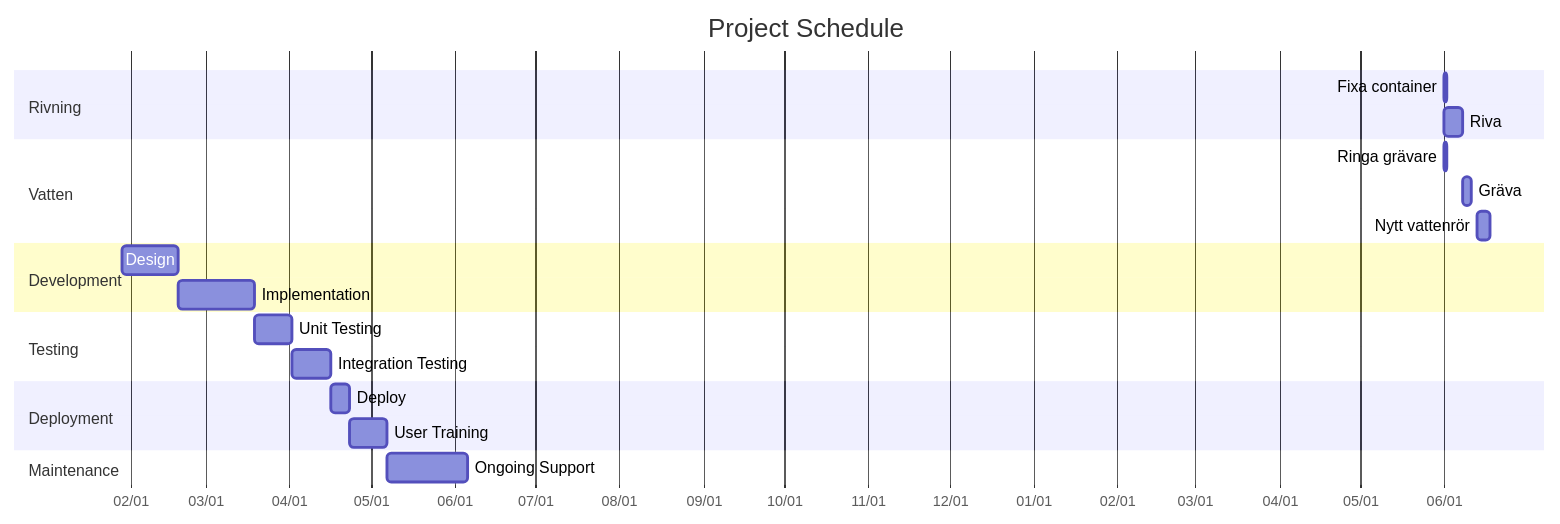
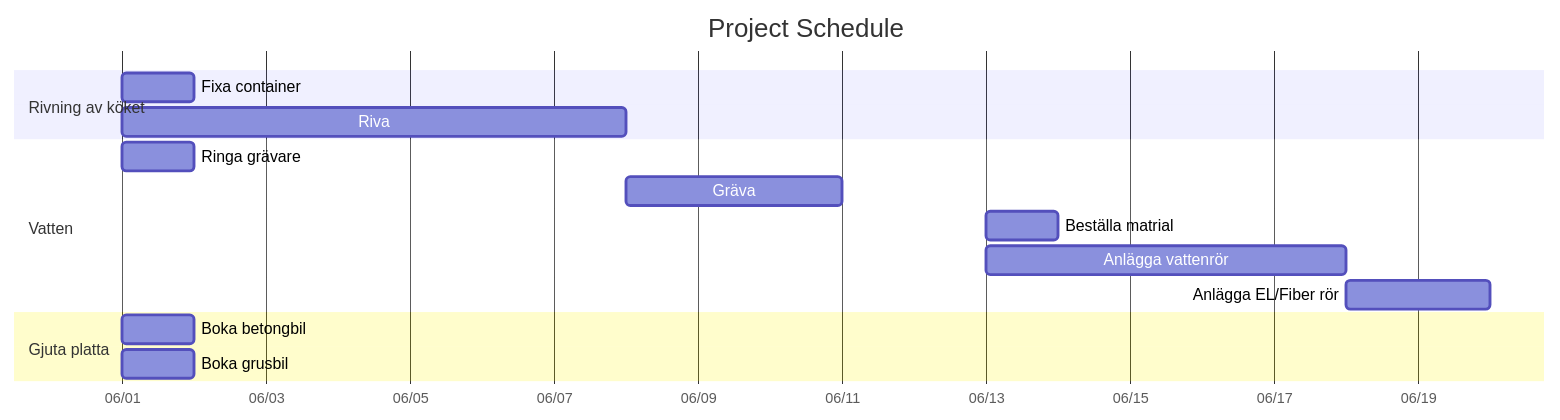
The diagram in schema.md (masv3971/k-ksrenovering), drawn with Mermaid before and after one commit.

Commit message:
Add sections.

````diff
--- a/schema.md
+++ b/schema.md
@@ -3,30 +3,22 @@
 ```mermaid
     gantt
         title Project Schedule
         dateFormat YYYY-MM-DD
         axisFormat %m/%d
 
-        section Rivning
+        section Rivning av köket
         Fixa container : 2024-06-01, 1d
         Riva : 2024-06-1, 7d
         
         section Vatten
         Ringa grävare : 2024-06-01, 1d
         Gräva : 2024-06-08, 3d
-        Nytt vattenrör : 2024-06-13, 5d
+        Beställa matrial : 2024-06-13, 1d
+        Anlägga vattenrör : 2024-06-13, 5d
+        Anlägga EL/Fiber rör : 2024-06-18, 2d
 
-        section Development
-        Design : 2023-01-29, 21d
-        Implementation : 2023-02-19, 28d
+        section Gjuta platta
+        Boka betongbil : 2024-06-01, 1d
+        Boka grusbil : 2024-06-01, 1d
 
-        section Testing
-        Unit Testing : 2023-03-19, 14d
-        Integration Testing : 2023-04-02, 14d
-
-        section Deployment
-        Deploy : 2023-04-16, 7d
-        User Training : 2023-04-23, 14d
-
-        section Maintenance
-        Ongoing Support : 2023-05-07, 30d
 ```
````
